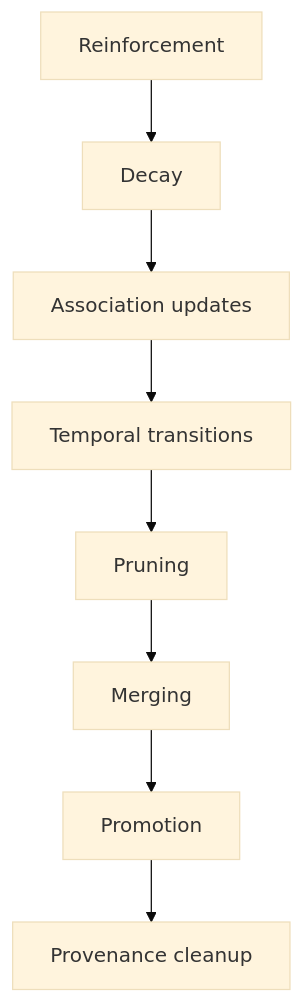
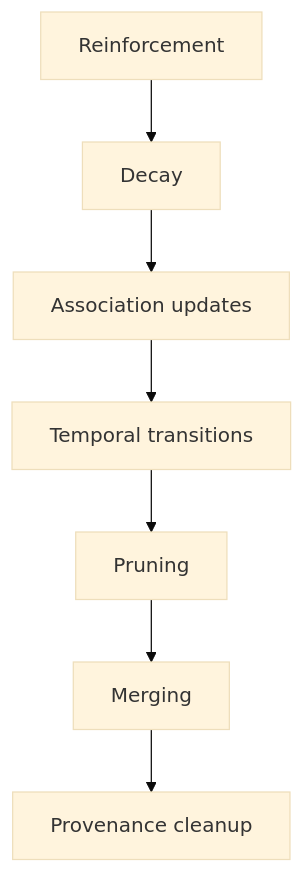
One commit to jarimustonen/formative-memory changed the first of 2 diagrams in docs/how-memory-works.md. Above: the diagram before and after it, drawn with Mermaid (base theme). The commit also changed other lines of this file and 1 other file, not shown here.

First line of the commit message:
docs: fix inconsistencies between architecture and conceptual docs

````diff
--- a/docs/how-memory-works.md
+++ b/docs/how-memory-works.md
@@ -110,10 +111,9 @@
 ```mermaid
 flowchart TD
     R[Reinforcement] --> D[Decay]
     D --> A[Association updates]
     A --> T[Temporal transitions]
     T --> P[Pruning]
     P --> M[Merging]
-    M --> PR[Promotion]
-    PR --> GC[Provenance cleanup]
+    M --> GC[Provenance cleanup]
 ```
````
